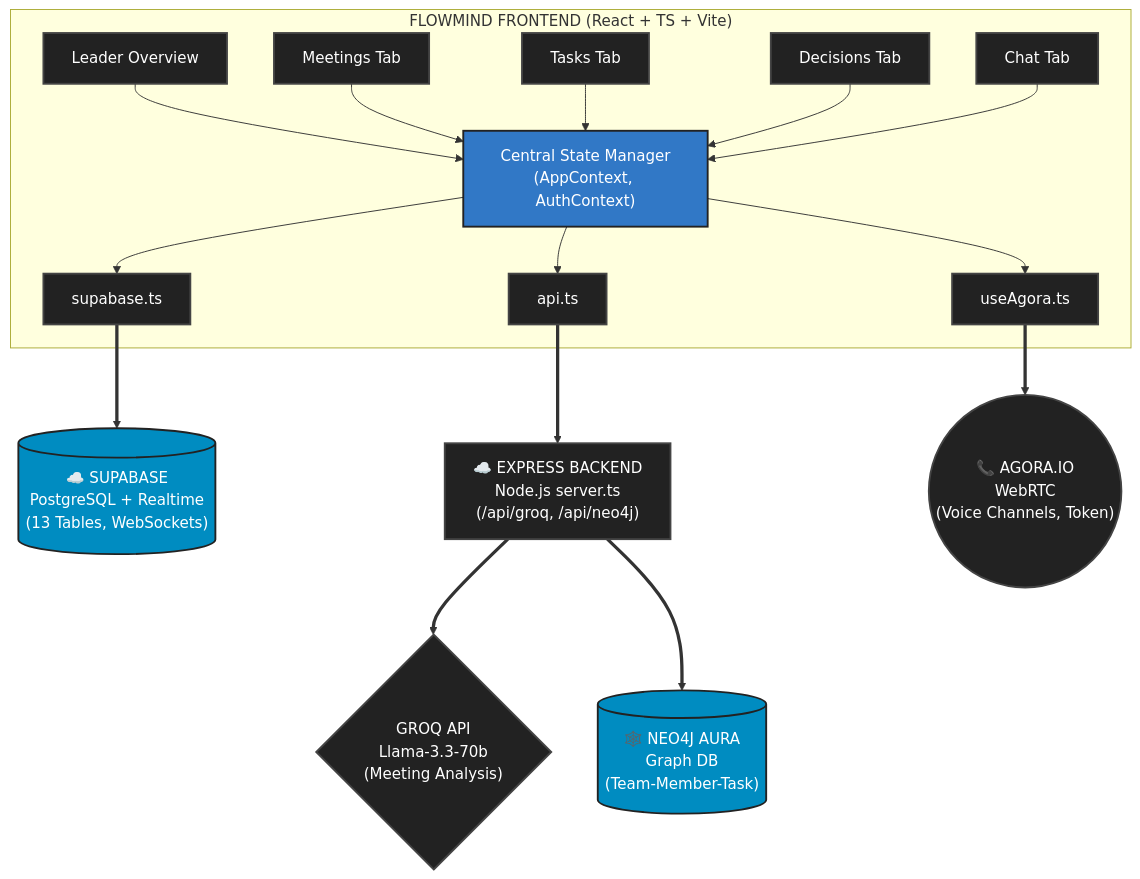
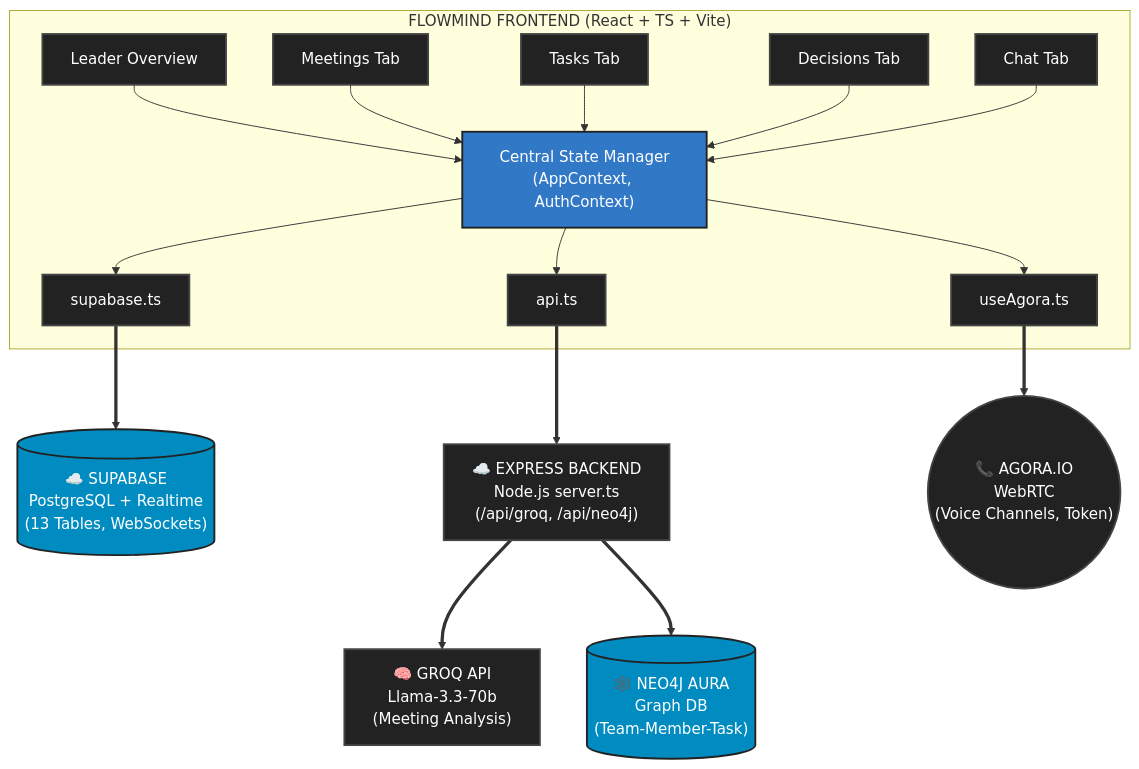
Before and after one commit to piyushyenorkar/FlowMind: the diagram in README.md, drawn with Mermaid.

Commit message:
change groq shape to box and add emoji

````diff
--- a/README.md
+++ b/README.md
@@ -52,38 +52,38 @@
 ```mermaid
 flowchart TD
     %% Dark Theme Colors
     classDef box fill:#222,stroke:#444,stroke-width:2px,color:#fff;
     classDef accent fill:#3178C6,stroke:#222,stroke-width:2px,color:#fff;
     classDef db fill:#008CC1,stroke:#222,stroke-width:2px,color:#fff;
     
     subgraph Frontend ["FLOWMIND FRONTEND (React + TS + Vite)"]
         L["Leader Overview"]:::box
         M["Meetings Tab"]:::box
         T["Tasks Tab"]:::box
         D["Decisions Tab"]:::box
         C["Chat Tab"]:::box
         
         State["Central State Manager\n(AppContext, AuthContext)"]:::accent
         
         S_cli["supabase.ts"]:::box
         A_cli["api.ts"]:::box
         U_cli["useAgora.ts"]:::box
         
         L & M & T & D & C --> State
         State --> S_cli & A_cli & U_cli
     end
 
     Supa[("☁️ SUPABASE\nPostgreSQL + Realtime\n(13 Tables, WebSockets)")]:::db
     Exp["☁️ EXPRESS BACKEND\nNode.js server.ts\n(/api/groq, /api/neo4j)"]:::box
     Agora(("📞 AGORA.IO\nWebRTC\n(Voice Channels, Token)")):::box
 
     S_cli ==> Supa
     A_cli ==> Exp
     U_cli ==> Agora
 
-    Groq{"GROQ API\nLlama-3.3-70b\n(Meeting Analysis)"}:::box
+    Groq["🧠 GROQ API\nLlama-3.3-70b\n(Meeting Analysis)"]:::box
     Neo4j[("🕸️ NEO4J AURA\nGraph DB\n(Team-Member-Task)")]:::db
 
     Exp ==> Groq
     Exp ==> Neo4j
 ```
````
